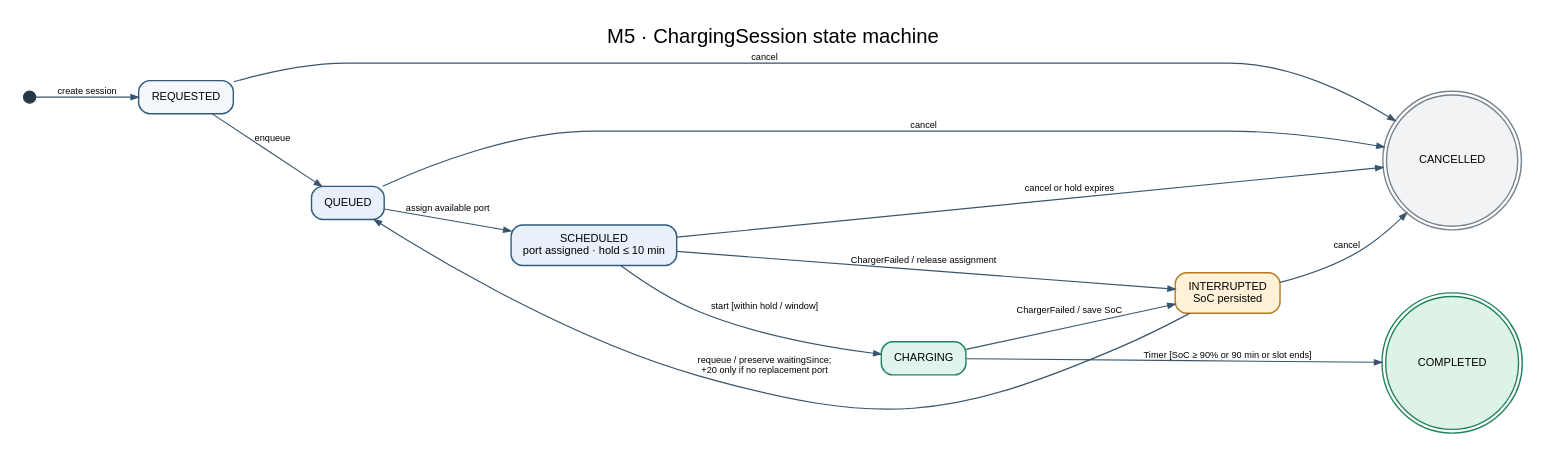
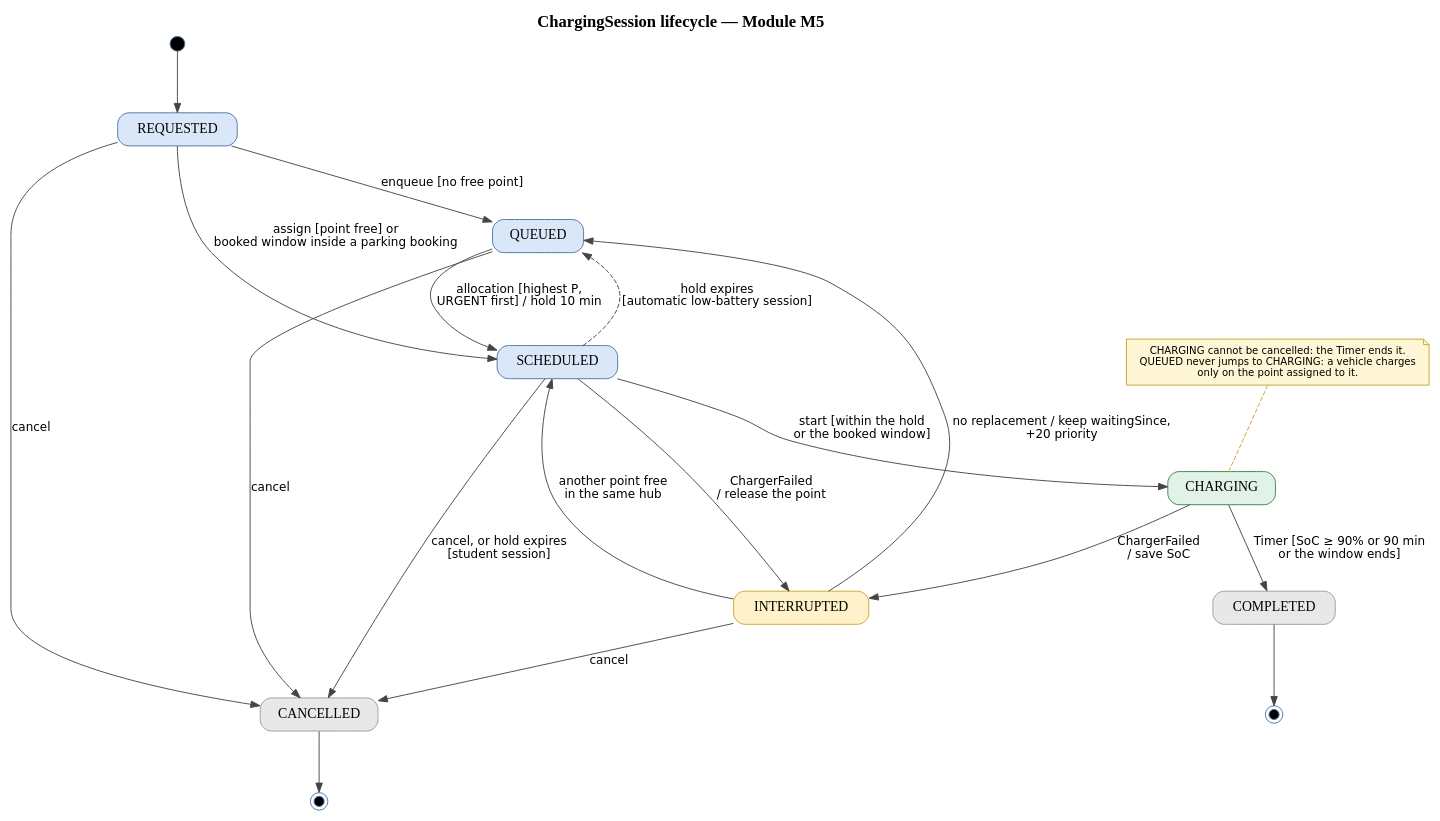
The diagram in docs/tools_for_figures/graphviz_dot/m5/m5_state.dot (Jennie3306/smart-emobility-hub), drawn with Graphviz before and after one commit. The commit also changed 5 other files, not shown here.

Commit message:
[DOCS] Update figure tools: M5 state from code, M4 mockups, capture fixes

```diff
--- a/docs/tools_for_figures/graphviz_dot/m5/m5_state.dot
+++ b/docs/tools_for_figures/graphviz_dot/m5/m5_state.dot
@@ -1,26 +1,35 @@
-digraph M5StateMachine {
-  graph [rankdir=LR, bgcolor="white", pad="0.25", nodesep="0.5", ranksep="0.65", splines=true, label="M5 · ChargingSession state machine", labelloc=t, fontsize=22, fontname="Arial"];
-  node [shape=box, style="rounded,filled", fillcolor="#f4f7fb", color="#315b7d", penwidth=1.5, fontname="Arial", fontsize=12, margin="0.18,0.12"];
-  edge [color="#38556e", penwidth=1.25, arrowsize=0.8, fontname="Arial", fontsize=10];
-  init [shape=circle, label="", width=0.18, height=0.18, fillcolor="#263746", color="#263746"];
-  Requested [label="REQUESTED"];
-  Queued [label="QUEUED", fillcolor="#e8f1fb"];
-  Scheduled [label="SCHEDULED\nport assigned · hold ≤ 10 min", fillcolor="#e8f1fb"];
-  Charging [label="CHARGING", fillcolor="#e1f3ee", color="#23845b"];
-  Interrupted [label="INTERRUPTED\nSoC persisted", fillcolor="#fff2d8", color="#b7791f"];
-  Completed [label="COMPLETED", shape=doublecircle, fillcolor="#dcf3e6", color="#23845b"];
-  Cancelled [label="CANCELLED", shape=doublecircle, fillcolor="#f2f3f5", color="#78838e"];
-  init -> Requested [label="create session"];
-  Requested -> Queued [label="enqueue"];
-  Queued -> Scheduled [label="assign available port"];
-  Scheduled -> Charging [label="start [within hold / window]"];
-  Charging -> Completed [label="Timer [SoC ≥ 90% or 90 min or slot ends]"];
-  Charging -> Interrupted [label="ChargerFailed / save SoC"];
-  Scheduled -> Interrupted [label="ChargerFailed / release assignment"];
-  Interrupted -> Queued [label="requeue / preserve waitingSince;\n+20 only if no replacement port"];
-  Requested -> Cancelled [label="cancel"];
-  Queued -> Cancelled [label="cancel"];
-  Scheduled -> Cancelled [label="cancel or hold expires"];
-  Interrupted -> Cancelled [label="cancel"];
-  {rank=same; Completed; Cancelled;}
+digraph G {
+rankdir=TB; nodesep=0.6; ranksep=0.9; fontname="DejaVu Sans Bold";
+node [shape=box, style="rounded,filled", fillcolor="#dae7f8", color="#4a6fa5", fontname="DejaVu Sans Bold", fontsize=15, margin="0.2,0.1"];
+edge [fontname="DejaVu Sans", fontsize=13, color="#444444"];
+label=<<b>ChargingSession lifecycle — Module M5</b>>; labelloc=t; fontsize=18; ranksep=0.9; nodesep=1.0;
+__init [shape=circle, style=filled, fillcolor=black, label="", width=0.22];
+__init -> "REQUESTED";
+"REQUESTED" [];
+"QUEUED" [];
+"SCHEDULED" [];
+"CHARGING" [fillcolor="#e1f3e8", color="#3a7d44"];
+"INTERRUPTED" [fillcolor="#fff1c9", color="#c9a227"];
+"COMPLETED" [fillcolor="#e8e8e8", color="#999999"];
+"CANCELLED" [fillcolor="#e8e8e8", color="#999999"];
+__fin0 [shape=doublecircle, style=filled, fillcolor=black, label="", width=0.15];
+"COMPLETED" -> __fin0;
+__fin1 [shape=doublecircle, style=filled, fillcolor=black, label="", width=0.15];
+"CANCELLED" -> __fin1;
+"REQUESTED" -> "QUEUED" [label="enqueue [no free point]" ];
+"REQUESTED" -> "SCHEDULED" [label="assign [point free] or\nbooked window inside a parking booking" ];
+"QUEUED" -> "SCHEDULED" [label="allocation [highest P,\nURGENT first] / hold 10 min" ];
+"SCHEDULED" -> "CHARGING" [label="start [within the hold\nor the booked window]" ];
+"SCHEDULED" -> "QUEUED" [label="hold expires\n[automatic low-battery session]" style=dashed];
+"CHARGING" -> "COMPLETED" [label="Timer [SoC ≥ 90% or 90 min\nor the window ends]" ];
+"SCHEDULED" -> "INTERRUPTED" [label="ChargerFailed\n/ release the point" ];
+"CHARGING" -> "INTERRUPTED" [label="ChargerFailed\n/ save SoC" ];
+"INTERRUPTED" -> "SCHEDULED" [label="another point free\nin the same hub" ];
+"INTERRUPTED" -> "QUEUED" [label="no replacement / keep waitingSince,\n+20 priority" ];
+"REQUESTED" -> "CANCELLED" [label="cancel" ];
+"QUEUED" -> "CANCELLED" [label="cancel" ];
+"SCHEDULED" -> "CANCELLED" [label="cancel, or hold expires\n[student session]" ];
+"INTERRUPTED" -> "CANCELLED" [label="cancel" ];
+note [shape=note, style=filled, fillcolor="#fff6d5", color="#c9a227", fontname="DejaVu Sans", fontsize=11, label="CHARGING cannot be cancelled: the Timer ends it.\nQUEUED never jumps to CHARGING: a vehicle charges\nonly on the point assigned to it."];
+note -> CHARGING [style=dashed, arrowhead=none, color="#c9a227"];
 }
```
